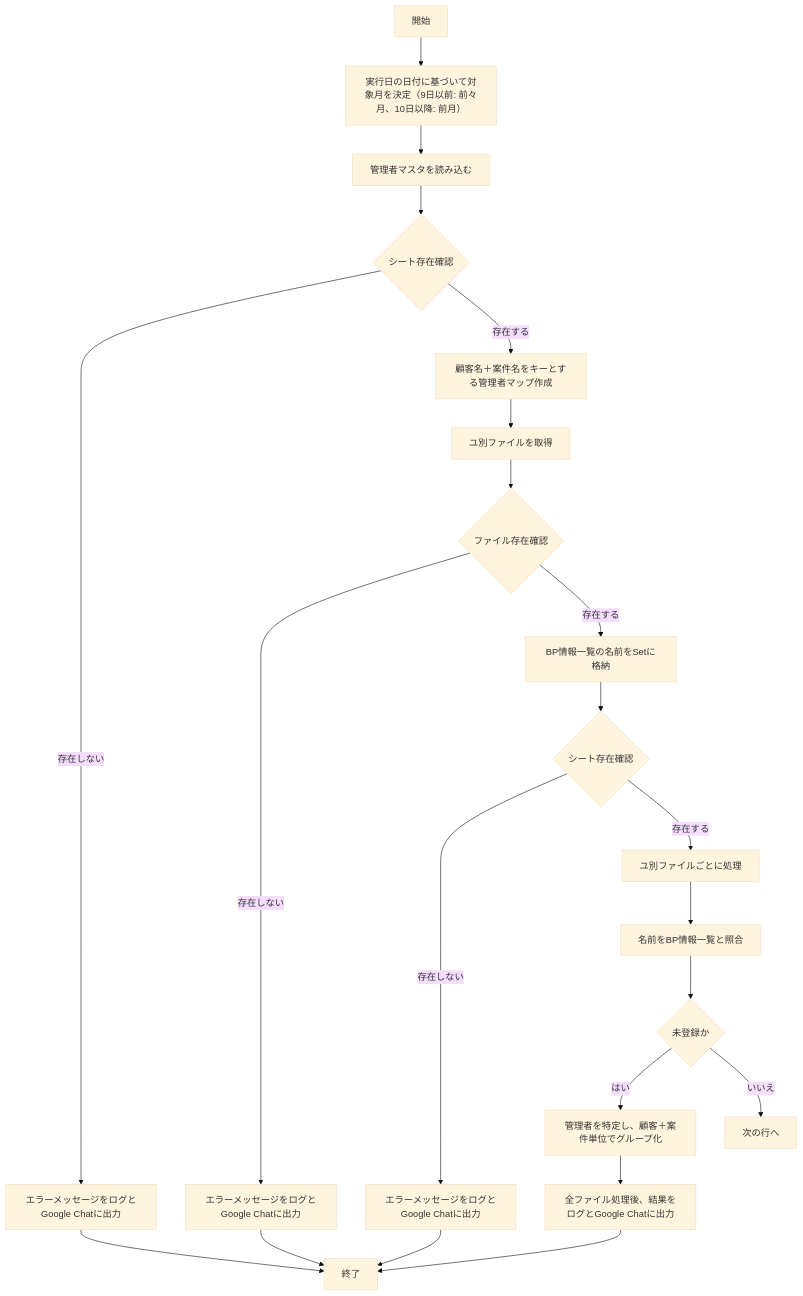
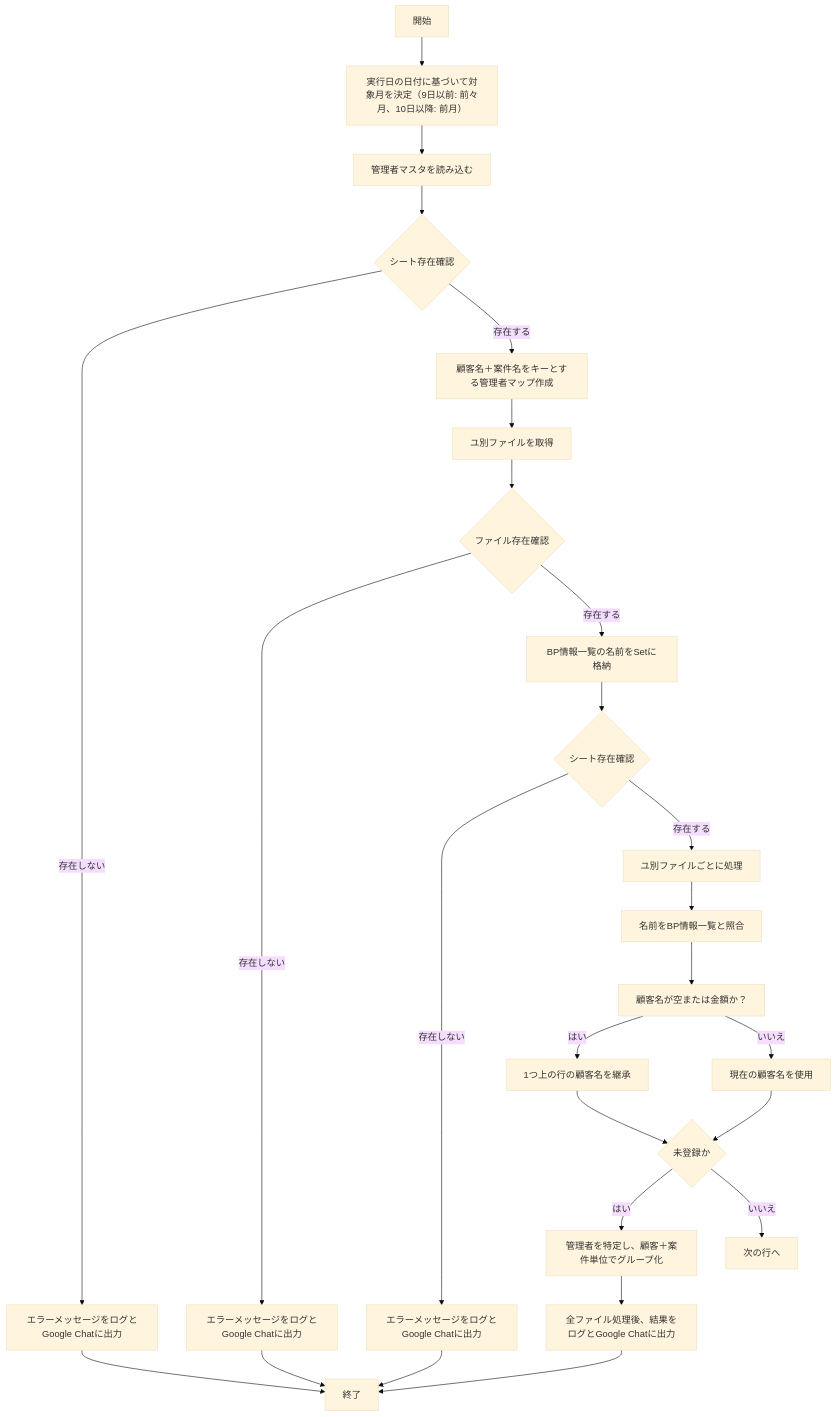
Before and after one commit to takeshiyoshida76-cell/takeshiyoshida76: the first of 4 diagrams in docs/ユ別とBP一覧の比較_基本設計書.md, drawn with Mermaid (base theme). The commit also changed other lines of this file, not shown here.

First line of the commit message:
Refine customer name handling and flowchart updates

````diff
--- a/docs/ユ別とBP一覧の比較_基本設計書.md
+++ b/docs/ユ別とBP一覧の比較_基本設計書.md
@@ -99,24 +100,28 @@
 ```mermaid
 graph TD
     A[開始] --> A1[実行日の日付に基づいて対象月を決定（9日以前: 前々月、10日以降: 前月）]
     A1 --> B[管理者マスタを読み込む]
     B --> C{シート存在確認}
     C -->|存在しない| D[エラーメッセージをログとGoogle Chatに出力]
     C -->|存在する| E[顧客名＋案件名をキーとする管理者マップ作成]
     E --> F[ユ別ファイルを取得]
     F --> G{ファイル存在確認}
     G -->|存在しない| H[エラーメッセージをログとGoogle Chatに出力]
     G -->|存在する| I[BP情報一覧の名前をSetに格納]
     I --> J{シート存在確認}
     J -->|存在しない| K[エラーメッセージをログとGoogle Chatに出力]
     J -->|存在する| L[ユ別ファイルごとに処理]
     L --> M[名前をBP情報一覧と照合]
-    M --> N{未登録か}
+    M --> M1[顧客名が空または金額か？]
+    M1 -->|はい| M2[1つ上の行の顧客名を継承]
+    M1 -->|いいえ| M3[現在の顧客名を使用]
+    M2 --> N{未登録か}
+    M3 --> N{未登録か}
     N -->|はい| O[管理者を特定し、顧客＋案件単位でグループ化]
     N -->|いいえ| P[次の行へ]
     O --> Q[全ファイル処理後、結果をログとGoogle Chatに出力]
     Q --> R[終了]
     D --> R
     H --> R
     K --> R
 ```
````
